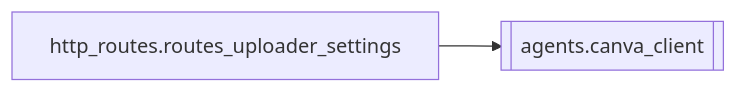
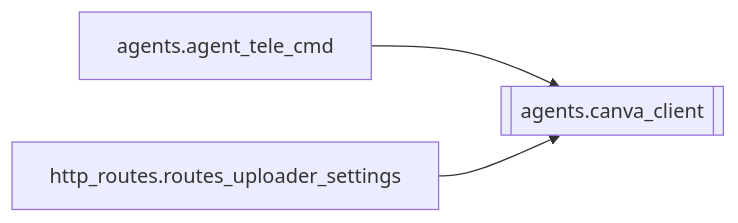
The diagram in docs/brain/modules/agents.canva_client.md (kjza178/PinelineV5), drawn with Mermaid before and after one commit. The commit also changed other lines of this file and 227 other files, not shown here.

````diff
--- a/docs/brain/modules/agents.canva_client.md
+++ b/docs/brain/modules/agents.canva_client.md
@@ -17,5 +17,6 @@
 ```mermaid
 flowchart LR
   agents_canva_client[[agents.canva_client]]
+  agents_agent_tele_cmd[agents.agent_tele_cmd] --> agents_canva_client
   http_routes_routes_uploader_settings[http_routes.routes_uploader_settings] --> agents_canva_client
 ```
````
